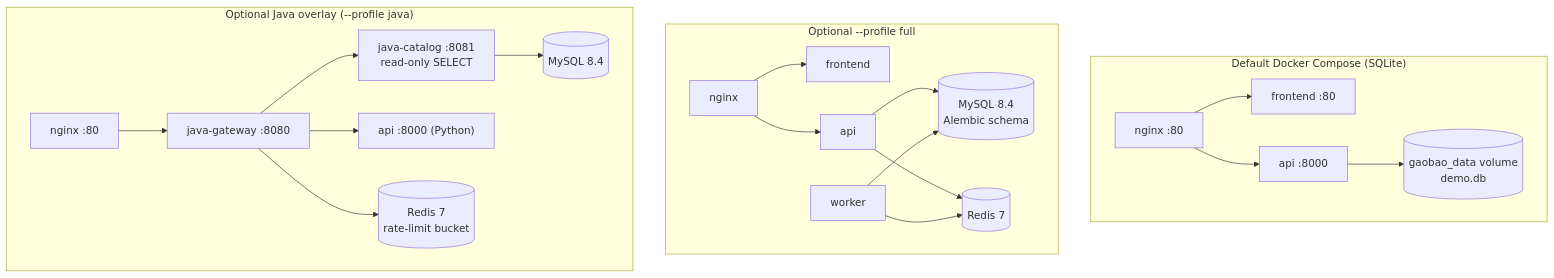
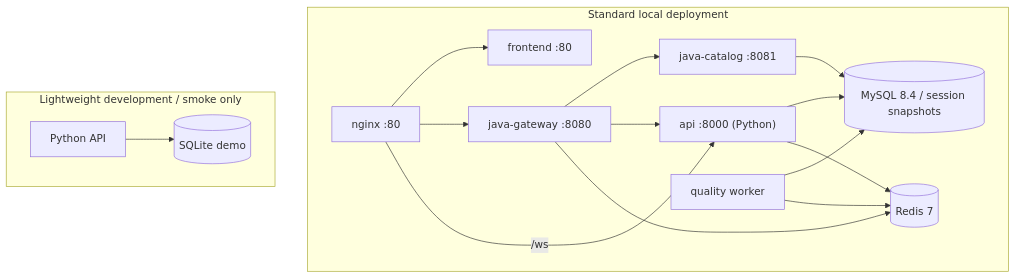
Before and after one commit to Xander-Xai/Gaobao-Advisor: the seventh of 7 diagrams in docs/architecture/README.md, drawn with Mermaid. The commit also changed other lines of this file and 34 other files, not shown here.

First line of the commit message:
feat(architecture): standardize full stack and industrial admission gates (#198)

````diff
--- a/docs/architecture/README.md
+++ b/docs/architecture/README.md
@@ -321,23 +327,19 @@
 ```mermaid
 flowchart TB
-    subgraph Demo["Default Docker Compose (SQLite)"]
+    subgraph Standard["Standard local deployment"]
         N["nginx :80"] --> F["frontend :80"]
-        N --> A["api :8000"]
-        A --> V[("gaobao_data volume<br/>demo.db")]
-    end
-    subgraph Full["Optional --profile full"]
-        N2["nginx"] --> F2["frontend"]
-        N2 --> A2["api"]
-        A2 --> M[("MySQL 8.4<br/>Alembic schema")]
-        A2 --> R[("Redis 7")]
-        W["worker"] --> M
+        N --> GW["java-gateway :8080"]
+        N -->|/ws| A["api :8000 (Python)"]
+        GW --> CAT["java-catalog :8081"]
+        GW --> A
+        A --> M[("MySQL 8.4 / session snapshots")]
+        CAT --> M
+        A --> R[("Redis 7")]
+        GW --> R
+        W["quality worker"] --> M
         W --> R
     end
-    subgraph Java["Optional Java overlay (--profile java)"]
-        N3["nginx :80"] --> GW["java-gateway :8080"]
-        GW --> CAT["java-catalog :8081<br/>read-only SELECT"]
-        GW --> A3["api :8000 (Python)"]
-        CAT --> M3[("MySQL 8.4")]
-        GW --> R3[("Redis 7<br/>rate-limit bucket")]
+    subgraph Smoke["Lightweight development / smoke only"]
+        B["Python API"] --> S[("SQLite demo")]
     end
 ```
````
